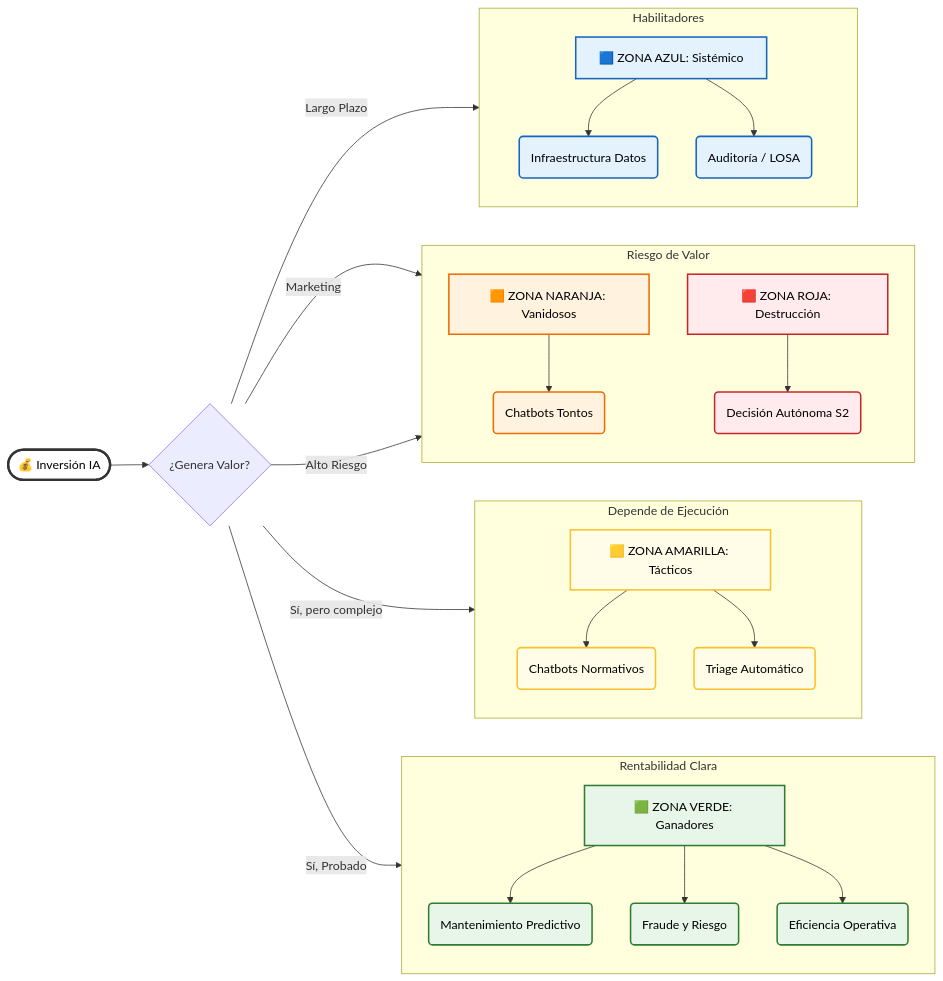
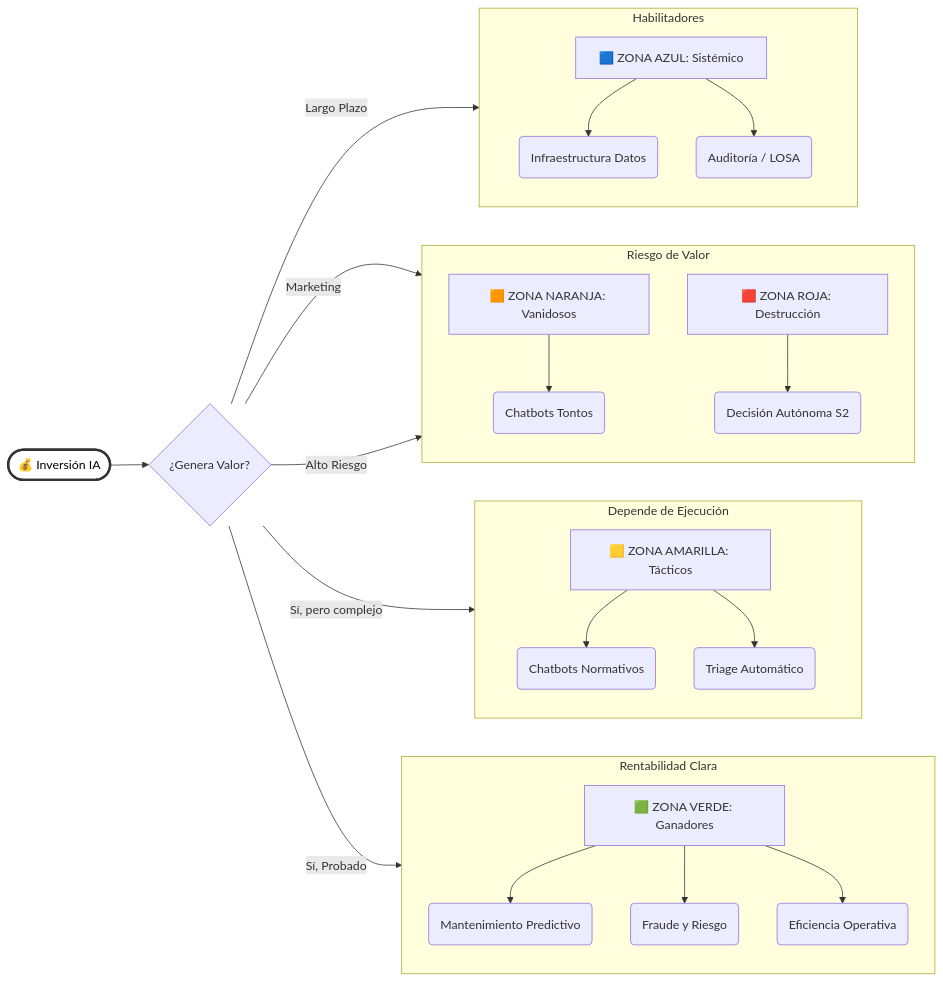
The diagram in docs/guias/12-ROI-Financiero.md (jccarvajal/Arquitectura-IA), drawn with Mermaid before and after one commit.

````diff
--- a/docs/guias/12-ROI-Financiero.md
+++ b/docs/guias/12-ROI-Financiero.md
@@ -15,56 +15,49 @@
 ```mermaid
 graph LR
     Invest([💰 Inversión IA]) --> Evaluacion{¿Genera Valor?}
 
     %% ZONA VERDE
     Evaluacion -->|Sí, Probado| Green[🟩 ZONA VERDE: Ganadores]
     subgraph Z_Green [Rentabilidad Clara]
         direction TB
         Green --> G1(Mantenimiento Predictivo)
         Green --> G2(Fraude y Riesgo)
         Green --> G3(Eficiencia Operativa)
     end
 
     %% ZONA AMARILLA
     Evaluacion -->|Sí, pero complejo| Yellow[🟨 ZONA AMARILLA: Tácticos]
     subgraph Z_Yellow [Depende de Ejecución]
         direction TB
         Yellow --> Y1(Chatbots Normativos)
         Yellow --> Y2(Triage Automático)
     end
 
     %% ZONA NARANJA Y ROJA
     Evaluacion -->|Marketing| Orange[🟧 ZONA NARANJA: Vanidosos]
     Evaluacion -->|Alto Riesgo| Red[🟥 ZONA ROJA: Destrucción]
 
     subgraph Z_Risk [Riesgo de Valor]
         direction TB
         Orange --> O1(Chatbots Tontos)
         Red --> R1(Decisión Autónoma S2)
     end
 
     %% ZONA AZUL
     Evaluacion -->|Largo Plazo| Blue[🟦 ZONA AZUL: Sistémico]
     subgraph Z_Blue [Habilitadores]
         direction TB
         Blue --> B1(Infraestructura Datos)
         Blue --> B2(Auditoría / LOSA)
     end
 
-    %% ESTILOS CORREGIDOS (Fondo claro para todos para asegurar contraste)
-    classDef green fill:#e8f5e9,stroke:#2e7d32,stroke-width:2px,color:#000;
-    classDef yellow fill:#fffde7,stroke:#fbc02d,stroke-width:2px,color:#000;
-    classDef orange fill:#fff3e0,stroke:#ef6c00,stroke-width:2px,color:#000;
-    classDef red fill:#ffebee,stroke:#c62828,stroke-width:2px,color:#000;
-    classDef blue fill:#e3f2fd,stroke:#1565c0,stroke-width:2px,color:#000;
-    
     %% ESTILO DEL NODO INICIO (CAMBIADO: Fondo blanco, borde negro, texto negro)
     classDef base fill:#ffffff,stroke:#333,stroke-width:3px,color:#000;
 
     class Green,G1,G2,G3 green;
     class Yellow,Y1,Y2 yellow;
     class Orange,O1 orange;
     class Red,R1 red;
     class Blue,B1,B2 blue;
     class Invest base;
 ```
````
